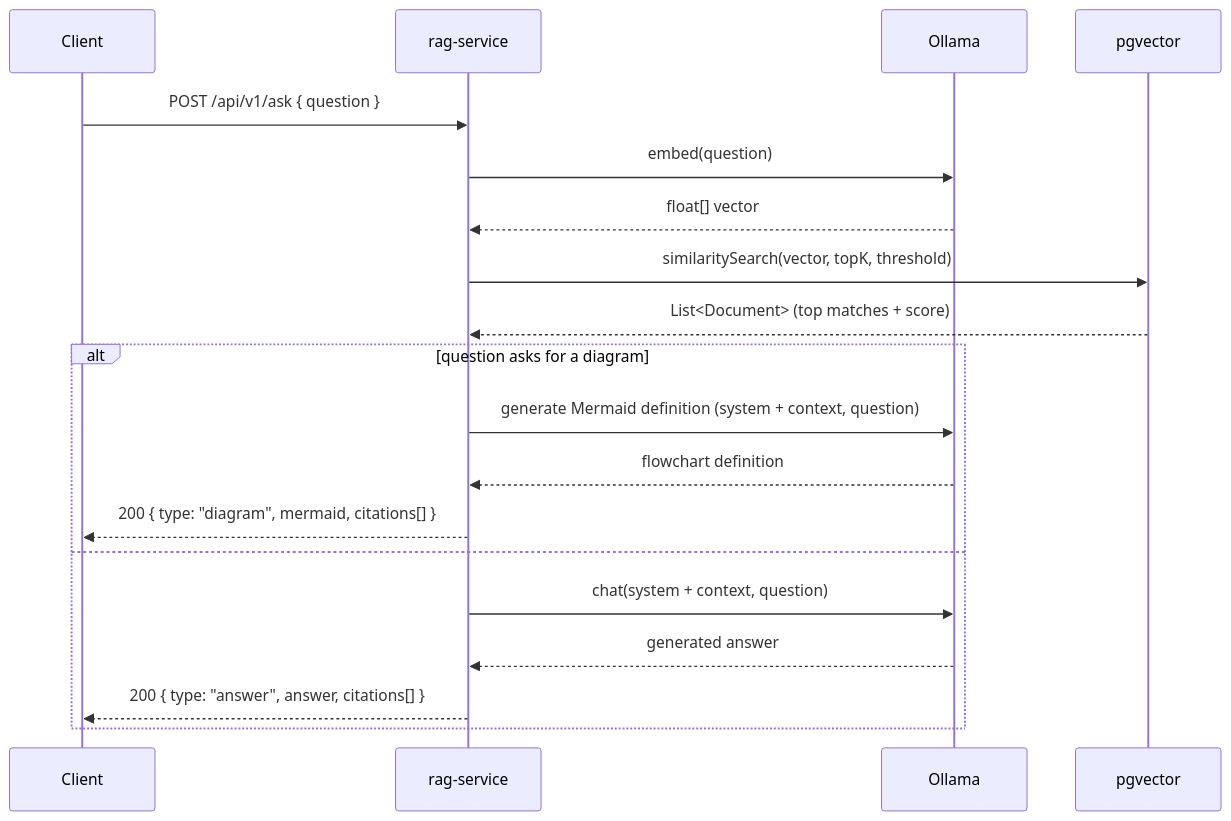
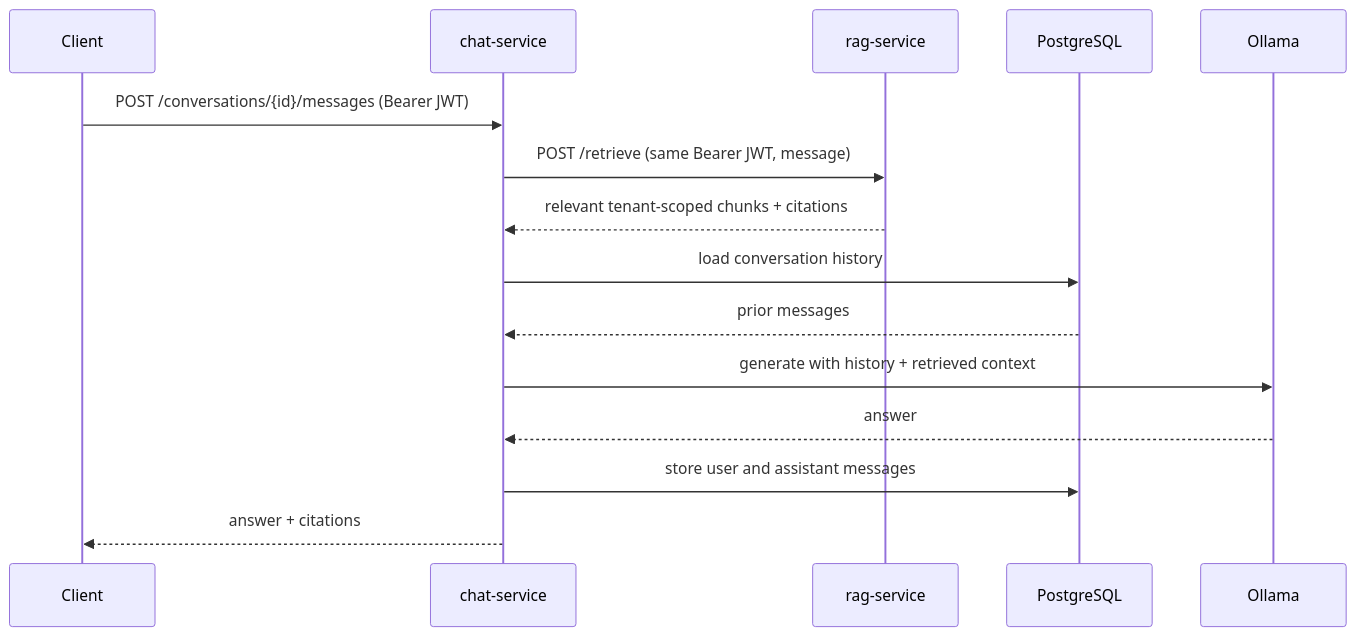
One commit to eniglio-ctrl/enterprise-rag-platform changed the fourth of 4 diagrams in docs/architecture.md. Above: the diagram before and after it, drawn with Mermaid. The commit also changed other lines of this file and 3 other files, not shown here.

First line of the commit message:
Refresh architecture docs and fix stale routing description in README

````diff
--- a/docs/architecture.md
+++ b/docs/architecture.md
@@ -60,22 +151,18 @@
 ```mermaid
 sequenceDiagram
     participant U as Client
-    participant C as rag-service
+    participant C as chat-service
+    participant R as rag-service
+    participant P as PostgreSQL
     participant O as Ollama
-    participant P as pgvector
 
-    U->>C: POST /api/v1/ask { question }
-    C->>O: embed(question)
-    O-->>C: float[] vector
-    C->>P: similaritySearch(vector, topK, threshold)
-    P-->>C: List<Document> (top matches + score)
-    alt question asks for a diagram
-        C->>O: generate Mermaid definition (system + context, question)
-        O-->>C: flowchart definition
-        C-->>U: 200 { type: "diagram", mermaid, citations[] }
-    else
-        C->>O: chat(system + context, question)
-        O-->>C: generated answer
-        C-->>U: 200 { type: "answer", answer, citations[] }
-    end
+    U->>C: POST /conversations/{id}/messages (Bearer JWT)
+    C->>R: POST /retrieve (same Bearer JWT, message)
+    R-->>C: relevant tenant-scoped chunks + citations
+    C->>P: load conversation history
+    P-->>C: prior messages
+    C->>O: generate with history + retrieved context
+    O-->>C: answer
+    C->>P: store user and assistant messages
+    C-->>U: answer + citations
 ```
````
